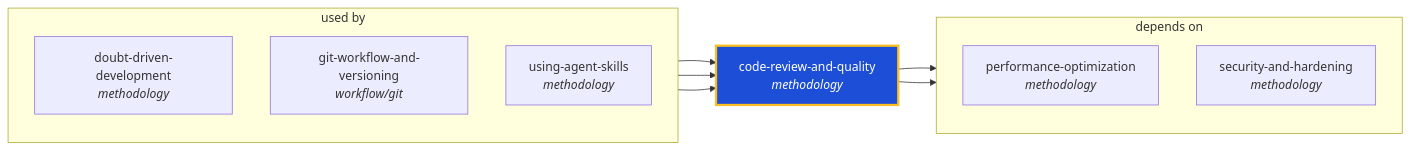
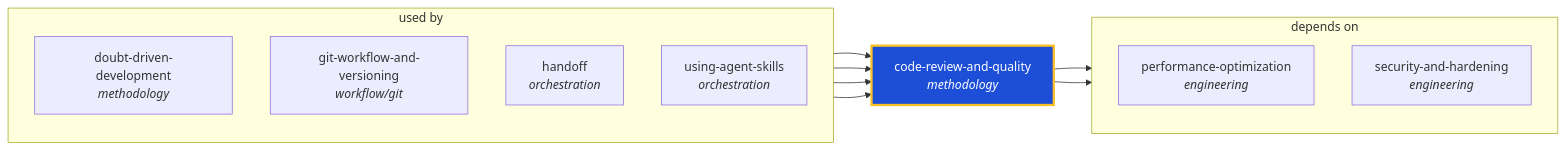
Before and after one commit to ThePlenkov/skills: the diagram in docs/graphs/generated/code-review-and-quality.md, drawn with Mermaid. The commit also changed other lines of this file and 76 other files, not shown here.

````diff
--- a/docs/graphs/generated/code-review-and-quality.md
+++ b/docs/graphs/generated/code-review-and-quality.md
@@ -22,24 +22,26 @@
 ```mermaid
 graph LR
   code_review_and_quality["code-review-and-quality<br/><i>methodology</i>"]
   classDef center fill:#1d4ed8,stroke:#fbbf24,stroke-width:3px,color:#fff
   class code_review_and_quality center
 
   subgraph sg_used_by["used by"]
     direction TB
     doubt_driven_development["doubt-driven-development<br/><i>methodology</i>"]
     git_workflow_and_versioning["git-workflow-and-versioning<br/><i>workflow/git</i>"]
-    using_agent_skills["using-agent-skills<br/><i>methodology</i>"]
+    handoff["handoff<br/><i>orchestration</i>"]
+    using_agent_skills["using-agent-skills<br/><i>orchestration</i>"]
   end
   doubt_driven_development --> code_review_and_quality
   git_workflow_and_versioning --> code_review_and_quality
+  handoff --> code_review_and_quality
   using_agent_skills --> code_review_and_quality
 
   subgraph sg_depends_on["depends on"]
     direction TB
-    performance_optimization["performance-optimization<br/><i>methodology</i>"]
-    security_and_hardening["security-and-hardening<br/><i>methodology</i>"]
+    performance_optimization["performance-optimization<br/><i>engineering</i>"]
+    security_and_hardening["security-and-hardening<br/><i>engineering</i>"]
   end
   code_review_and_quality --> performance_optimization
   code_review_and_quality --> security_and_hardening
 ```
````
